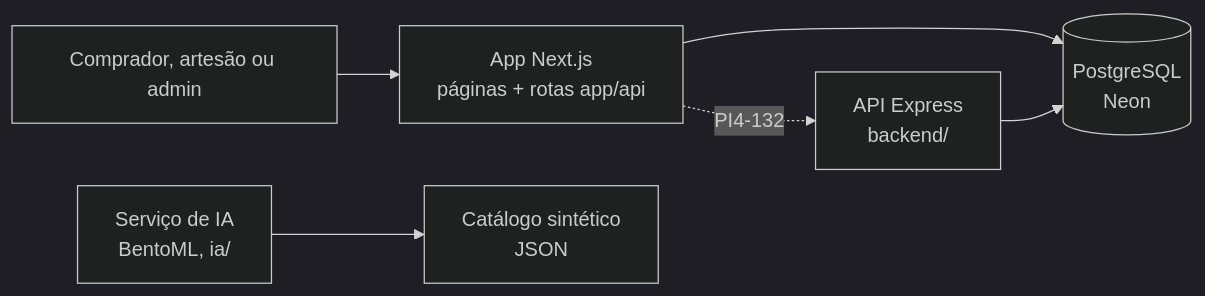
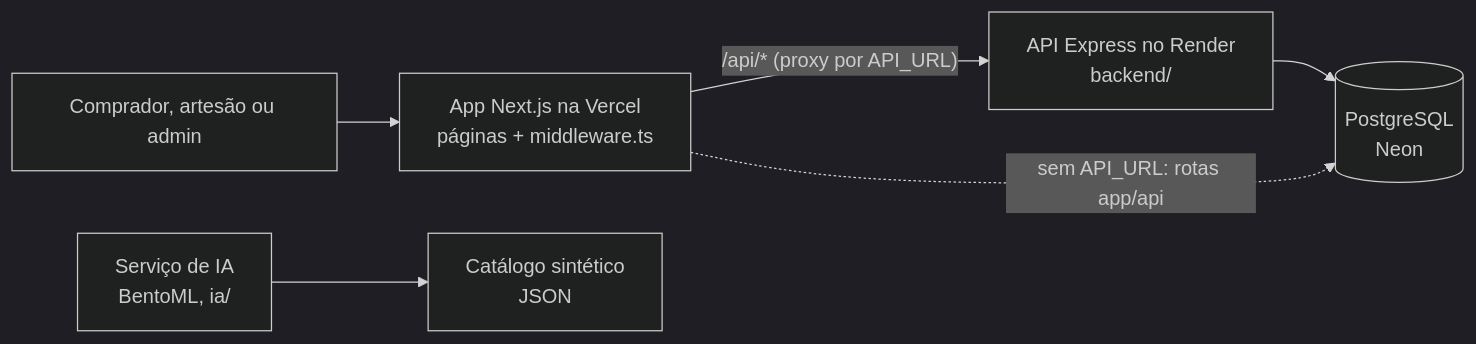
The diagram in README.md (brunosm26/Raizes-PE), drawn with Mermaid (dark theme) before and after one commit. The commit also changed other lines of this file and 3 other files, not shown here.

Commit message:
PI4-146: README e guias para subir front e API do zero (API_URL, SESSION_SECRET, banco local, testes, scripts) e estado real da publicação

````diff
--- a/README.md
+++ b/README.md
@@ -43,8 +43,8 @@
 ```mermaid
 flowchart LR
-    U[Comprador, artesão ou admin] --> N[App Next.js<br/>páginas + rotas app/api]
-    N --> B[(PostgreSQL<br/>Neon)]
-    E[API Express<br/>backend/] --> B
-    N -. PI4-132 .-> E
+    U[Comprador, artesão ou admin] --> N[App Next.js na Vercel<br/>páginas + middleware.ts]
+    N -- "/api/* (proxy por API_URL)" --> E[API Express no Render<br/>backend/]
+    E --> B[(PostgreSQL<br/>Neon)]
+    N -. "sem API_URL: rotas app/api" .-> B
     I[Serviço de IA<br/>BentoML, ia/] --> J[Catálogo sintético<br/>JSON]
 ```
````
